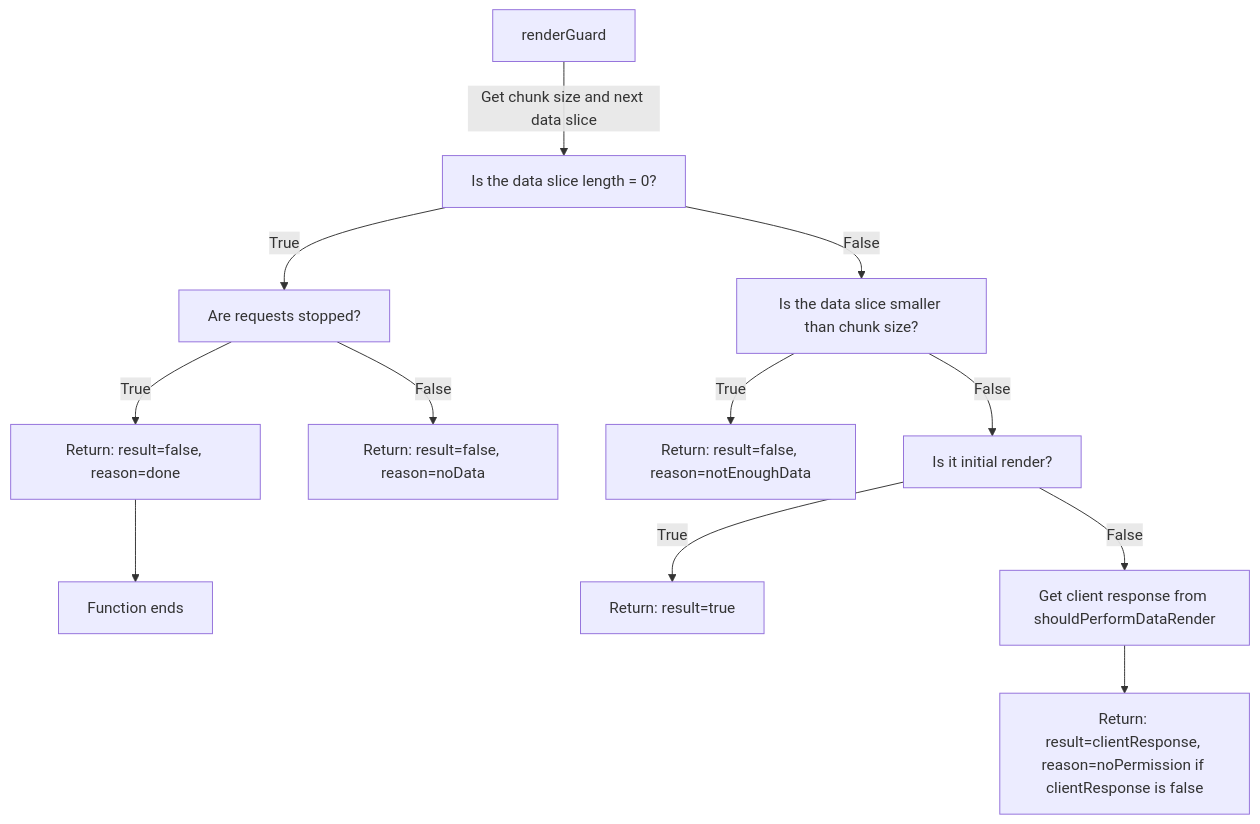
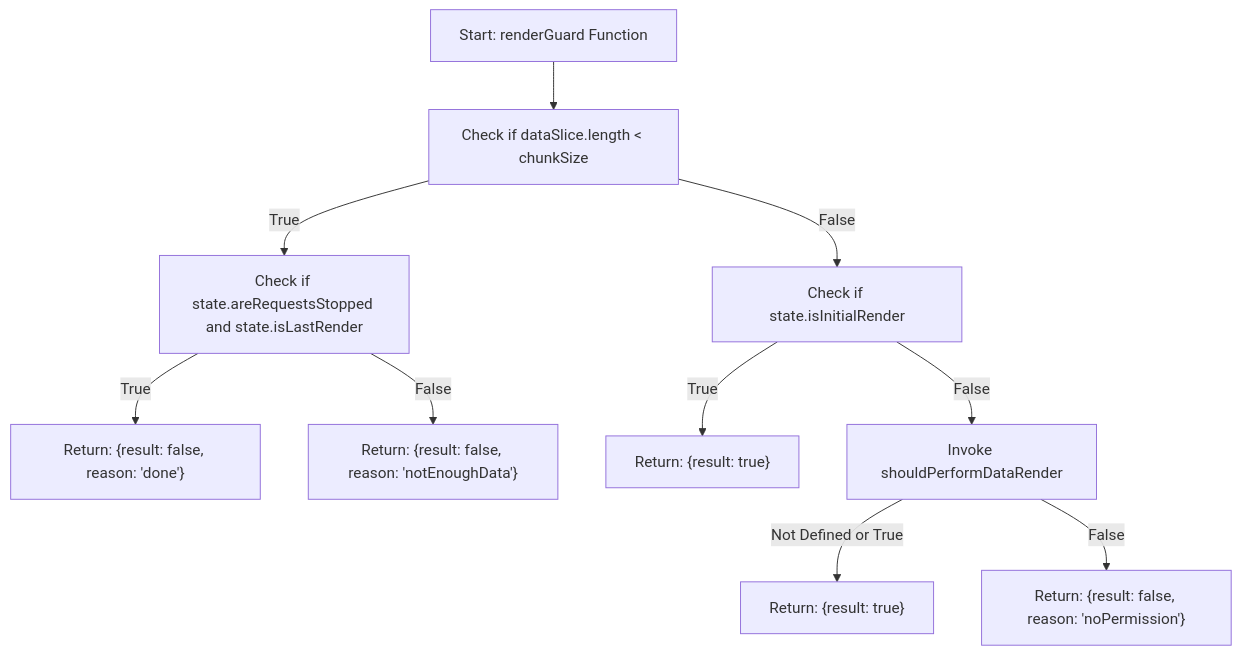
Before and after one commit to V4Fire/Client: the first of 2 diagrams in src/base/b-virtual-scroll-new/README.md, drawn with Mermaid. The commit also changed other lines of this file and 5 other files, not shown here.

Commit message:
Added better isLastRender support

````diff
--- a/src/base/b-virtual-scroll-new/README.md
+++ b/src/base/b-virtual-scroll-new/README.md
@@ -751,14 +752,12 @@
 ```mermaid
-graph TB
-    A["renderGuard"] -->|Get chunk size and next data slice| B["Is the data slice length = 0?"]
-    B -- True --> C["Are requests stopped?"]
-    C -- True --> E["Return: result=false, reason=done"]
-    E --> X["Function ends"]
-    C -- False --> F["Return: result=false, reason=noData"]
-    B -- False --> G["Is the data slice smaller than chunk size?"]
-    G -- True --> H["Return: result=false, reason=notEnoughData"]
-    G -- False --> I["Is it initial render?"]
-    I -- True --> J["Return: result=true"]
-    I -- False --> K["Get client response from shouldPerformDataRender"]
-    K --> L["Return: result=clientResponse, reason=noPermission if clientResponse is false"]
+flowchart TD
+    A["Start: renderGuard Function"] --> B["Check if dataSlice.length < chunkSize"]
+    B -- "True" --> C["Check if state.areRequestsStopped and state.isLastRender"]
+    C -- "True" --> D["Return: {result: false, reason: 'done'}"]
+    C -- "False" --> E["Return: {result: false, reason: 'notEnoughData'}"]
+    B -- "False" --> F["Check if state.isInitialRender"]
+    F -- "True" --> G["Return: {result: true}"]
+    F -- "False" --> H["Invoke shouldPerformDataRender"]
+    H -- "Not Defined or True" --> I["Return: {result: true}"]
+    H -- "False" --> J["Return: {result: false, reason: 'noPermission'}"]
 ```
````
